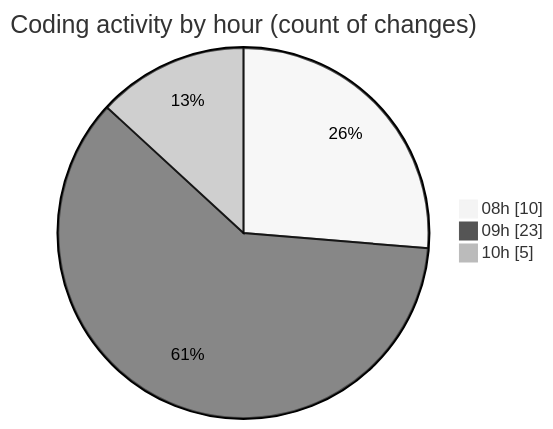
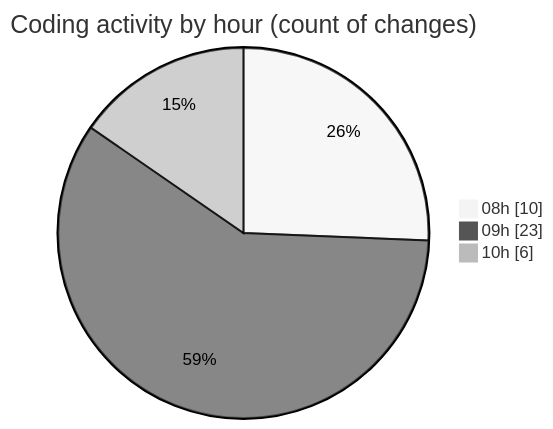
Before and after one commit to LanceThiago/code-tracking: the second of 2 diagrams in 2025-01-07/nueva_carpeta/README.md, drawn with Mermaid (neutral theme). The commit also changed other lines of this file and 1 other file, not shown here.

````diff
--- a/2025-01-07/nueva_carpeta/README.md
+++ b/2025-01-07/nueva_carpeta/README.md
@@ -28,7 +28,7 @@
 ```mermaid
 pie showData
 title Coding activity by hour (count of changes)
 "08h" : 10
 "09h" : 23
-"10h" : 5
+"10h" : 6
 ```
````
